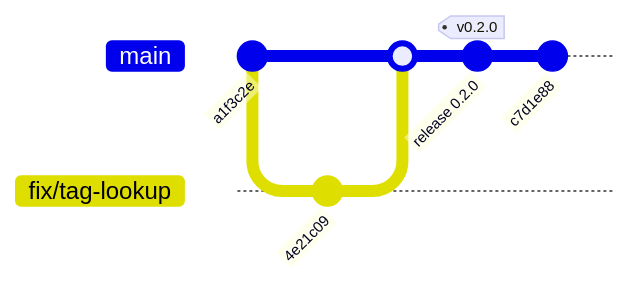
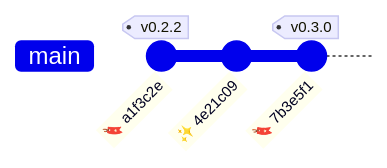
The diagram in docs/site/src/content/docs/index.mdx (jkuball/presswerk), drawn with Mermaid before and after one commit. The commit also changed other lines of this file and 1 other file, not shown here.

First line of the commit message:
📝 (docs): Rework the overview around one complete release

````diff
--- a/docs/site/src/content/docs/index.mdx
+++ b/docs/site/src/content/docs/index.mdx
@@ -56,10 +81,6 @@
-```mermaid A feature branch merges into main, then Presswerk creates and tags a dedicated release commit before development continues.
+```mermaid After publish: the previous release, the planned feature commit, and the release commit on top, tagged v0.3.0.
 gitGraph
-  commit id: "a1f3c2e"
-  branch fix/tag-lookup
-  commit id: "4e21c09"
-  checkout main
-  merge fix/tag-lookup
-  commit id: "release 0.2.0" tag: "v0.2.0"
-  commit id: "c7d1e88"
+  commit id: "🔖 a1f3c2e" tag: "v0.2.2"
+  commit id: "✨ 4e21c09"
+  commit id: "🔖 7b3e5f1" tag: "v0.3.0"
 ```
````
